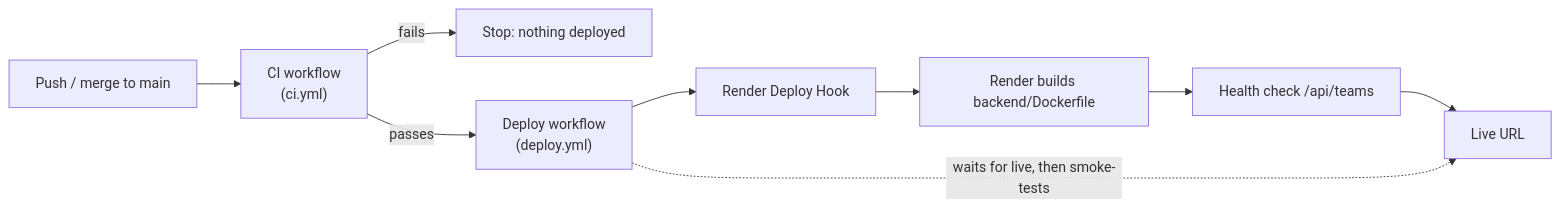
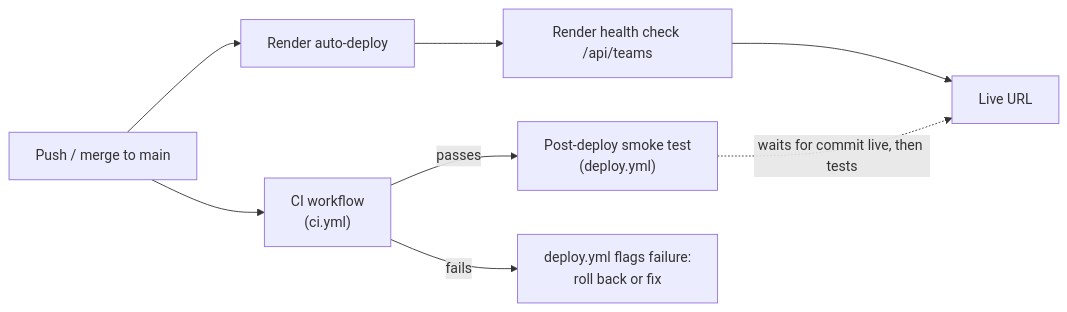
Before and after one commit to sanam-singh1104/sports-scoreboard: the diagram in docs/release-process.md, drawn with Mermaid. The commit also changed other lines of this file and 3 other files, not shown here.

First line of the commit message:
Make deploy.yml a post-deploy smoke test for Render auto-deploy

````diff
--- a/docs/release-process.md
+++ b/docs/release-process.md
@@ -6,11 +8,10 @@
 ```mermaid
 flowchart LR
-    A[Push / merge to main] --> B["CI workflow<br/>(ci.yml)"]
-    B -- fails --> X[Stop: nothing deployed]
-    B -- passes --> C["Deploy workflow<br/>(deploy.yml)"]
-    C --> D[Render Deploy Hook]
-    D --> E[Render builds backend/Dockerfile]
-    E --> F[Health check /api/teams]
-    F --> G[Live URL]
-    C -. waits for live, then smoke-tests .-> G
+    A[Push / merge to main] --> R[Render auto-deploy]
+    A --> B["CI workflow<br/>(ci.yml)"]
+    R --> H[Render health check /api/teams]
+    H --> G[Live URL]
+    B -- passes --> S["Post-deploy smoke test<br/>(deploy.yml)"]
+    S -. waits for commit live, then tests .-> G
+    B -- fails --> W["deploy.yml flags failure:<br/>roll back or fix"]
 ```
````
